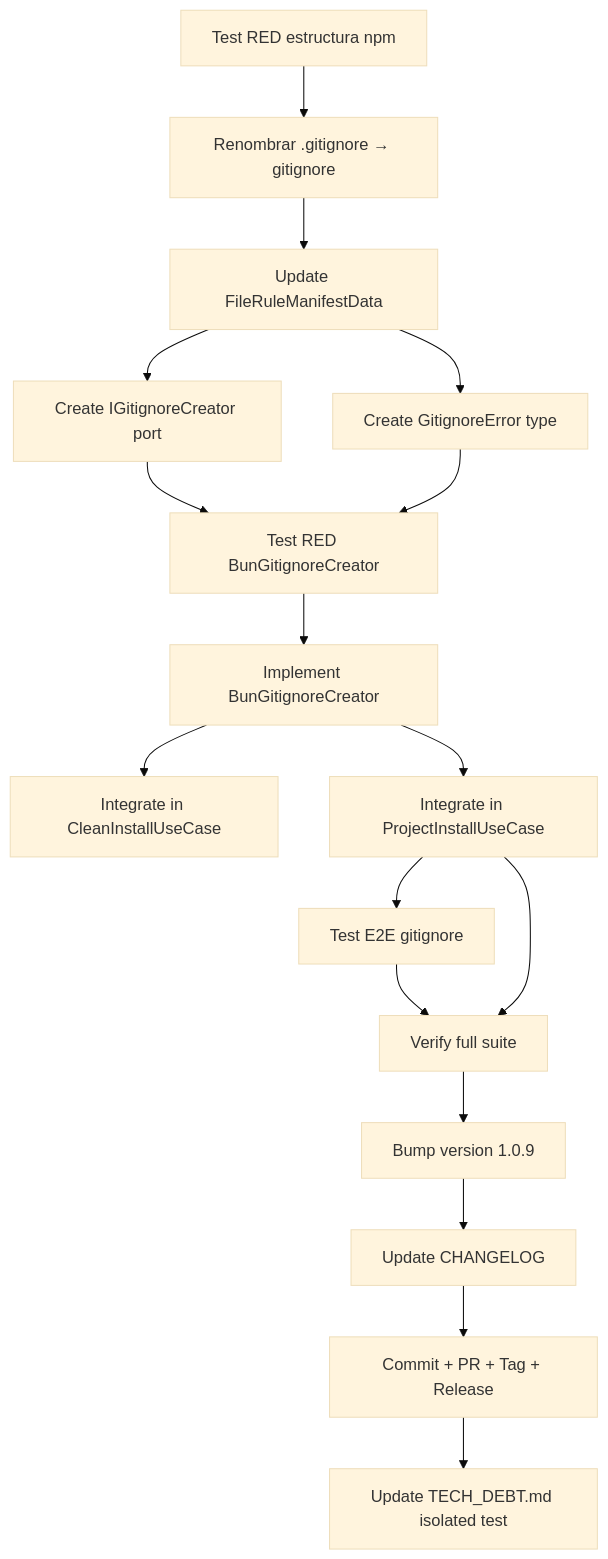
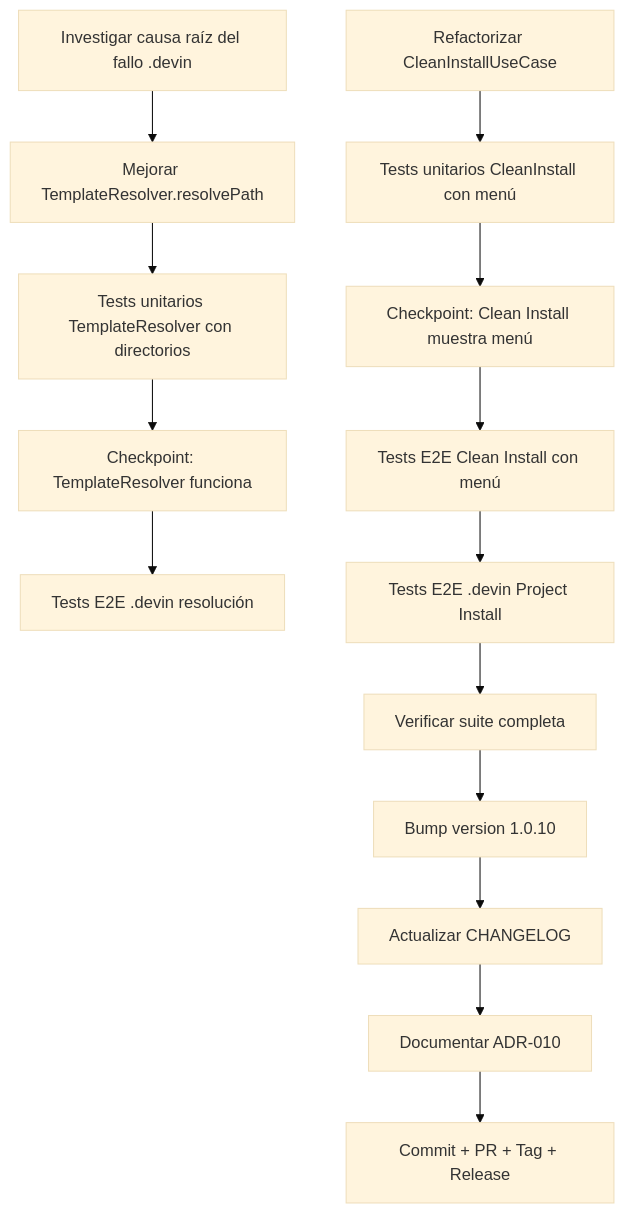
One commit to Fisherk2/codice-opencode changed the diagram in tasks/plan.md. Above: the diagram before and after it, drawn with Mermaid (base theme). The commit also changed other lines of this file and 1 other file, not shown here.

````diff
--- a/tasks/plan.md
+++ b/tasks/plan.md
@@ -58,19 +46,20 @@
 ```mermaid
 graph TD
-    FE2C-T0[Test RED estructura npm] --> FE2C-T1[Renombrar .gitignore → gitignore]
-    FE2C-T1 --> FE2C-T2[Update FileRuleManifestData]
-    FE2C-T2 --> FE2C-T3[Create IGitignoreCreator port]
-    FE2C-T2 --> FE2C-T4[Create GitignoreError type]
-    FE2C-T3 --> FE2C-T5[Test RED BunGitignoreCreator]
-    FE2C-T4 --> FE2C-T5
-    FE2C-T5 --> FE2C-T6[Implement BunGitignoreCreator]
-    FE2C-T6 --> FE2C-T7[Integrate in CleanInstallUseCase]
-    FE2C-T6 --> FE2C-T8[Integrate in ProjectInstallUseCase]
-    FE2C-T8 --> FE2C-T9[Test E2E gitignore]
-    FE2C-T9 --> FE2C-T10[Verify full suite]
-    FE2C-T8 --> FE2C-T10
-    FE2C-T10 --> FE2C-T11[Bump version 1.0.9]
-    FE2C-T11 --> FE2C-T12[Update CHANGELOG]
-    FE2C-T12 --> FE2C-T13[Commit + PR + Tag + Release]
-    FE2C-T13 --> FE2C-T14[Update TECH_DEBT.md isolated test]
+    FE2D-T1[Investigar causa raíz del fallo .devin] --> FE2D-T2[Mejorar TemplateResolver.resolvePath]
+    FE2D-T2 --> FE2D-T3[Tests unitarios TemplateResolver con directorios]
+    FE2D-T3 --> FE2D-T4[Checkpoint: TemplateResolver funciona]
+    
+    FE2D-T5[Refactorizar CleanInstallUseCase] --> FE2D-T6[Tests unitarios CleanInstall con menú]
+    FE2D-T6 --> FE2D-T7[Checkpoint: Clean Install muestra menú]
+    
+    FE2D-T7 --> FE2D-T8[Tests E2E Clean Install con menú]
+    FE2D-T4 --> FE2D-T9[Tests E2E .devin resolución]
+    
+    FE2D-T8 --> FE2D-T10[Tests E2E .devin Project Install]
+    FE2D-T10 --> FE2D-T11[Verificar suite completa]
+    
+    FE2D-T11 --> FE2D-T12[Bump version 1.0.10]
+    FE2D-T12 --> FE2D-T13[Actualizar CHANGELOG]
+    FE2D-T13 --> FE2D-T14[Documentar ADR-010]
+    FE2D-T14 --> FE2D-T15[Commit + PR + Tag + Release]
 ```
````
